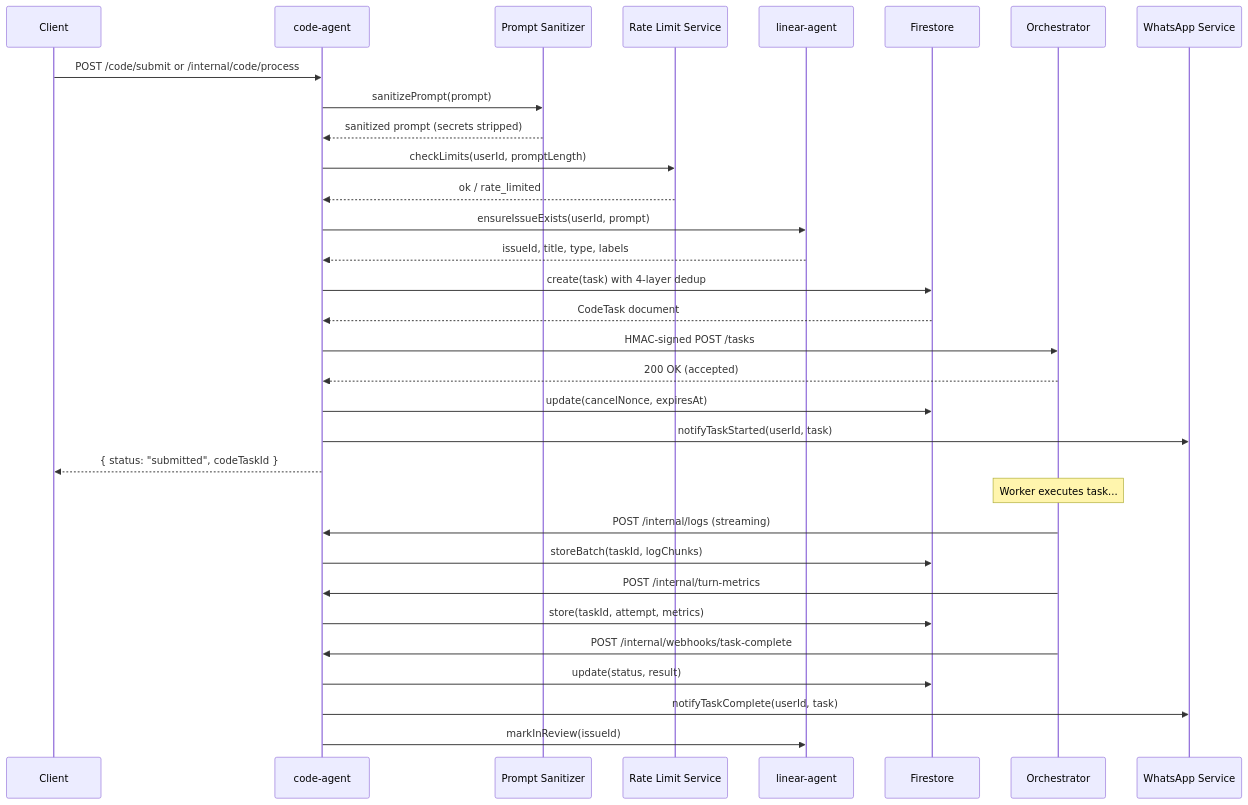
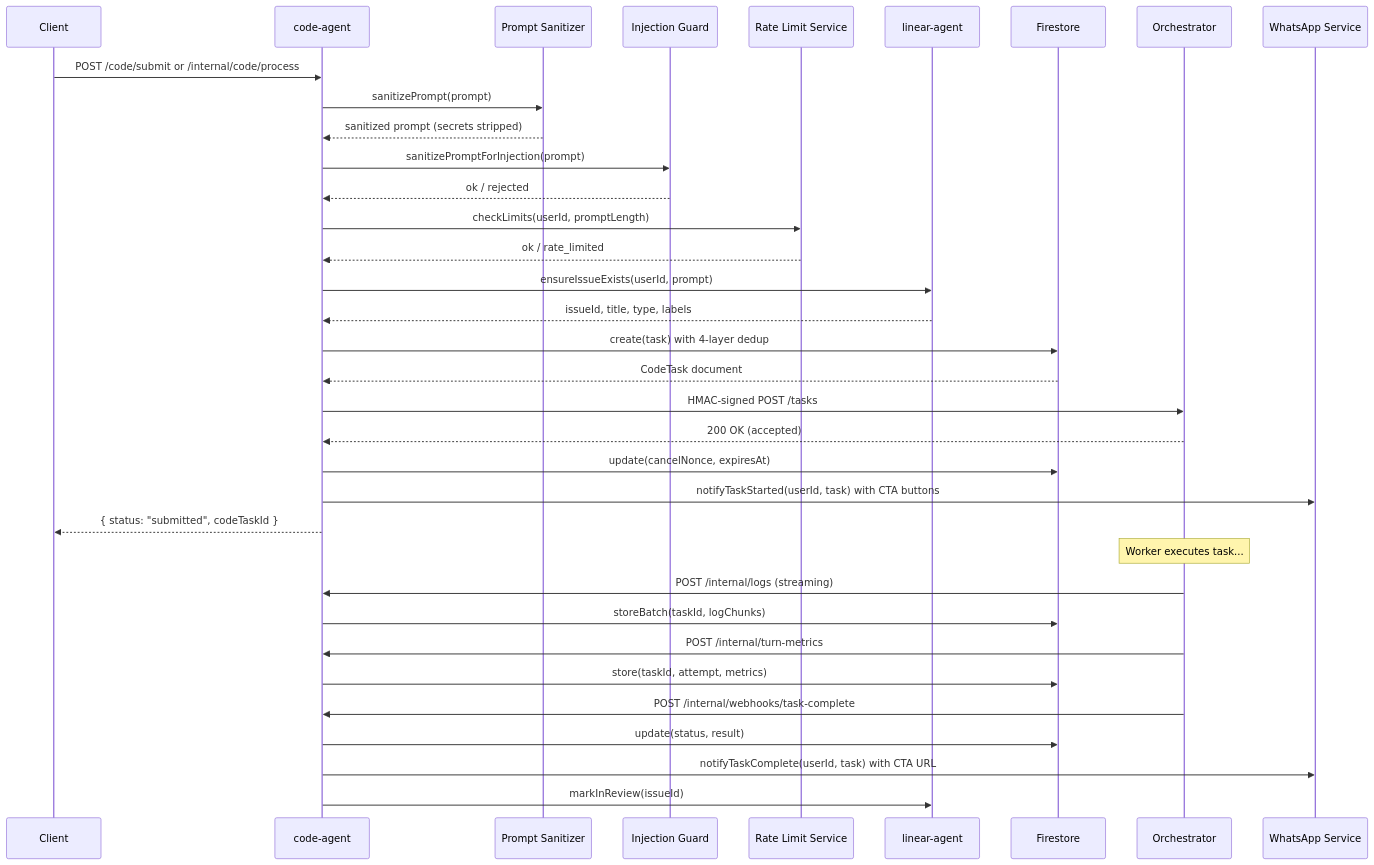
One commit to pbuchman/intexuraos changed the second of 3 diagrams in docs/services/code-agent/technical.md. Above: the diagram before and after it, drawn with Mermaid. The commit also changed other lines of this file and 134 other files, not shown here.

````diff
--- a/docs/services/code-agent/technical.md
+++ b/docs/services/code-agent/technical.md
@@ -62,43 +67,46 @@
 ```mermaid
 sequenceDiagram
     participant Client
     participant CodeAgent as code-agent
     participant Sanitizer as Prompt Sanitizer
+    participant Injection as Injection Guard
     participant RateLimit as Rate Limit Service
     participant Linear as linear-agent
     participant Firestore
     participant Worker as Orchestrator
     participant WhatsApp as WhatsApp Service
 
     Client->>CodeAgent: POST /code/submit or /internal/code/process
     CodeAgent->>Sanitizer: sanitizePrompt(prompt)
     Sanitizer-->>CodeAgent: sanitized prompt (secrets stripped)
+    CodeAgent->>Injection: sanitizePromptForInjection(prompt)
+    Injection-->>CodeAgent: ok / rejected
     CodeAgent->>RateLimit: checkLimits(userId, promptLength)
     RateLimit-->>CodeAgent: ok / rate_limited
 
     CodeAgent->>Linear: ensureIssueExists(userId, prompt)
     Linear-->>CodeAgent: issueId, title, type, labels
 
     CodeAgent->>Firestore: create(task) with 4-layer dedup
     Firestore-->>CodeAgent: CodeTask document
 
     CodeAgent->>Worker: HMAC-signed POST /tasks
     Worker-->>CodeAgent: 200 OK (accepted)
 
     CodeAgent->>Firestore: update(cancelNonce, expiresAt)
-    CodeAgent->>WhatsApp: notifyTaskStarted(userId, task)
+    CodeAgent->>WhatsApp: notifyTaskStarted(userId, task) with CTA buttons
     CodeAgent-->>Client: { status: "submitted", codeTaskId }
 
     Note over Worker: Worker executes task...
 
     Worker->>CodeAgent: POST /internal/logs (streaming)
     CodeAgent->>Firestore: storeBatch(taskId, logChunks)
 
     Worker->>CodeAgent: POST /internal/turn-metrics
     CodeAgent->>Firestore: store(taskId, attempt, metrics)
 
     Worker->>CodeAgent: POST /internal/webhooks/task-complete
     CodeAgent->>Firestore: update(status, result)
-    CodeAgent->>WhatsApp: notifyTaskComplete(userId, task)
+    CodeAgent->>WhatsApp: notifyTaskComplete(userId, task) with CTA URL
     CodeAgent->>Linear: markInReview(issueId)
 ```
````
